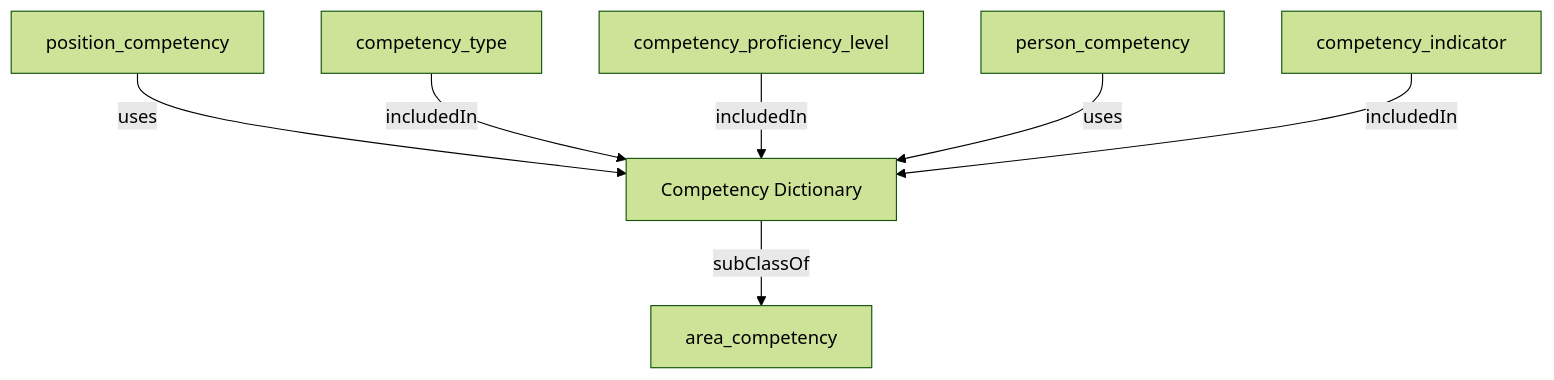
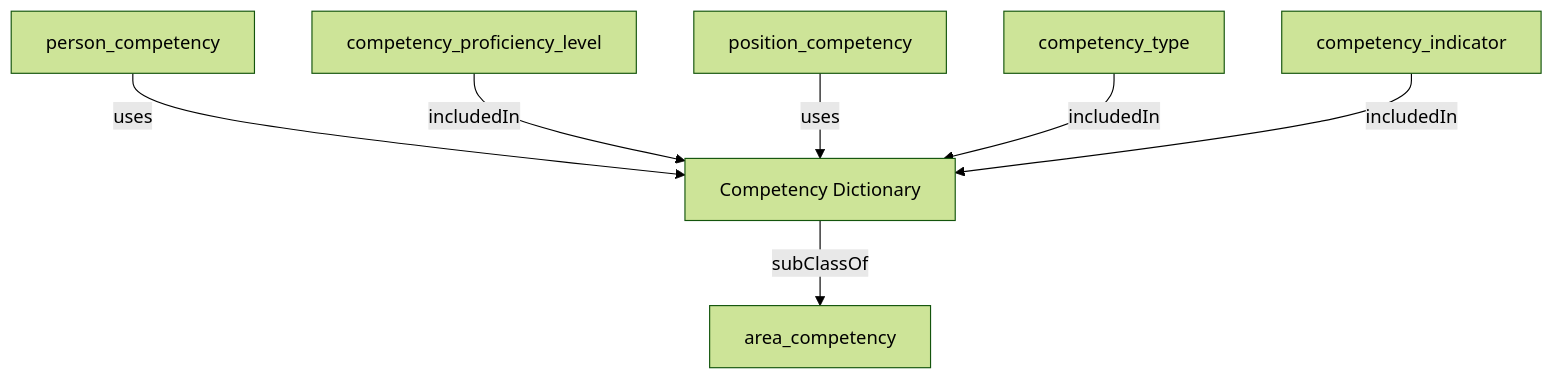
One commit to heidingaway/heidi2 changed the diagram in content/hr_data_model/competency_dictionary.md. Above: the diagram before and after it, drawn with Mermaid (forest theme). The commit also changed other lines of this file and 350 other files, not shown here.

````diff
--- a/content/hr_data_model/competency_dictionary.md
+++ b/content/hr_data_model/competency_dictionary.md
@@ -27,16 +28,16 @@
 ```mermaid
 graph TD
   Competency_Dictionary["Competency Dictionary"]:::current-page-node
   area_competency["area_competency"]
   competency_proficiency_level["competency_proficiency_level"]
   competency_type["competency_type"]
   competency_indicator["competency_indicator"]
   person_competency["person_competency"]
   position_competency["position_competency"]
+  person_competency-->|" uses "|Competency_Dictionary
+  competency_proficiency_level-->|" includedIn "|Competency_Dictionary
   Competency_Dictionary-->|" subClassOf "|area_competency
   position_competency-->|" uses "|Competency_Dictionary
   competency_type-->|" includedIn "|Competency_Dictionary
-  competency_proficiency_level-->|" includedIn "|Competency_Dictionary
-  person_competency-->|" uses "|Competency_Dictionary
   competency_indicator-->|" includedIn "|Competency_Dictionary
 ```
````
